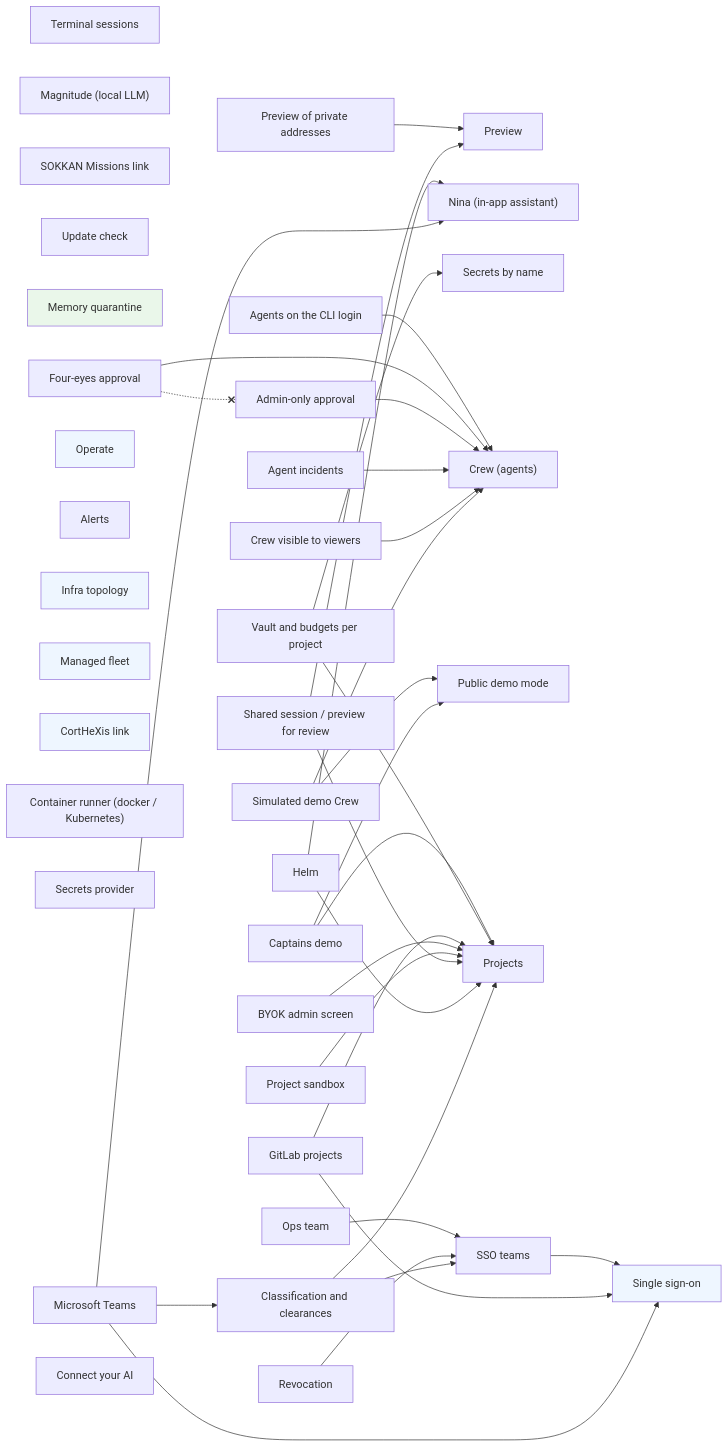
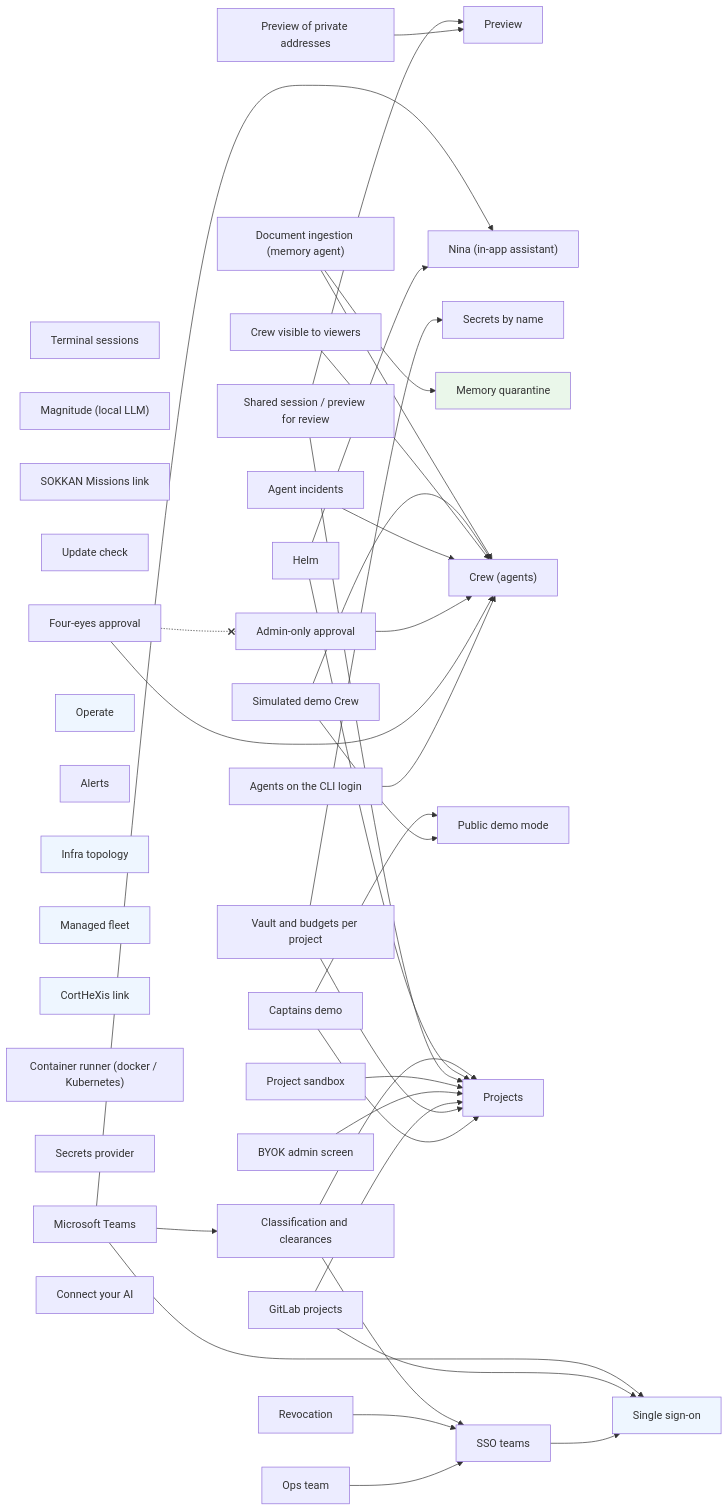
One commit to ninabot-ch/sokkan changed the diagram in docs/enterprise/FEATURES.md. Above: the diagram before and after it, drawn with Mermaid. The commit also changed other lines of this file and 21 other files, not shown here.

````diff
--- a/docs/enterprise/FEATURES.md
+++ b/docs/enterprise/FEATURES.md
@@ -63,76 +64,79 @@
 ```mermaid
 graph LR
   tmux["Terminal sessions"]
   preview["Preview"]
   preview_private_targets["Preview of private addresses"]
   magnitude["Magnitude (local LLM)"]
   assistant["Nina (in-app assistant)"]
   missions_link["SOKKAN Missions link"]
   update_check["Update check"]
   named_secrets["Secrets by name"]
   memory_quarantine["Memory quarantine"]
   agents["Crew (agents)"]
   agents_cli_login["Agents on the CLI login"]
   four_eyes["Four-eyes approval"]
   admin_approval["Admin-only approval"]
   agent_incidents["Agent incidents"]
   crew_viewer_readonly["Crew visible to viewers"]
   demo_banner["Public demo mode"]
   demo_crew["Simulated demo Crew"]
   demo_captains["Captains demo"]
   sso["Single sign-on"]
   multi_project["Projects"]
   sso_teams["SSO teams"]
   operate["Operate"]
   alerting["Alerts"]
   ops_team["Ops team"]
   infra["Infra topology"]
   fleet["Managed fleet"]
   cortex["CortHeXis link"]
   kubernetes_runner["Container runner (docker / Kubernetes)"]
   project_vault_budgets["Vault and budgets per project"]
   gitlab["GitLab projects"]
   revocation["Revocation"]
   byok_admin["BYOK admin screen"]
   secrets_provider["Secrets provider"]
   sandbox["Project sandbox"]
   shared_review["Shared session / preview for review"]
   helm["Helm"]
   classification["Classification and clearances"]
   teams["Microsoft Teams"]
+  doc_ingest["Document ingestion (memory agent)"]
   connect_ai["Connect your AI"]
   preview_private_targets --> preview
   agents_cli_login --> agents
   four_eyes --> agents
   admin_approval --> agents
   agent_incidents --> agents
   crew_viewer_readonly --> agents
   demo_crew --> agents
   demo_crew --> demo_banner
   demo_captains --> demo_banner
   demo_captains --> multi_project
   sso_teams --> sso
   ops_team --> sso_teams
   project_vault_budgets --> multi_project
   project_vault_budgets --> named_secrets
   gitlab --> multi_project
   gitlab --> sso
   revocation --> sso_teams
   byok_admin --> multi_project
   sandbox --> multi_project
   shared_review --> preview
   shared_review --> multi_project
   helm --> multi_project
   helm --> assistant
   classification --> multi_project
   classification --> sso_teams
   teams --> assistant
   teams --> classification
   teams --> sso
+  doc_ingest --> agents
+  doc_ingest --> memory_quarantine
   four_eyes -.-x admin_approval
   classDef planned stroke-dasharray: 5 5,color:#888;
   classDef integration fill:#eef6ff;
   classDef invariant fill:#eaf7ea;
   class sso,operate,infra,fleet,cortex integration;
   class memory_quarantine invariant;
 ```
````
